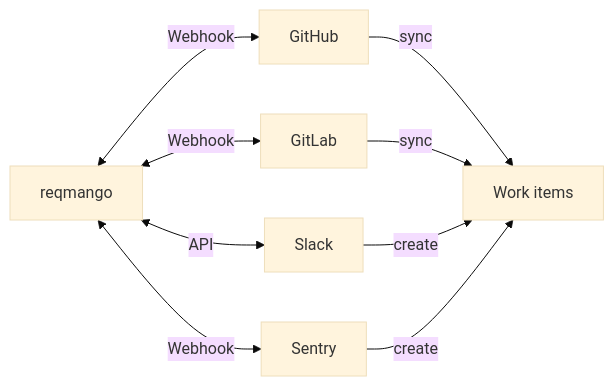
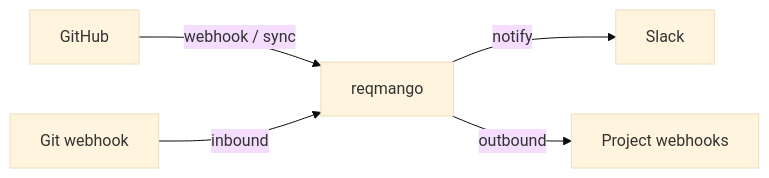
Before and after one commit to vinthuy/reqmango: the eighth of 10 diagrams in docs/kb/PRD.en.md, drawn with Mermaid (base theme). The commit also changed other lines of this file and 2 other files, not shown here.

````diff
--- a/docs/kb/PRD.en.md
+++ b/docs/kb/PRD.en.md
@@ -515,12 +514,7 @@
 ```mermaid
 flowchart LR
-    Reqmango[reqmango] <-->|Webhook| GitHub[GitHub]
-    Reqmango <-->|Webhook| GitLab[GitLab]
-    Reqmango <-->|API| Slack[Slack]
-    Reqmango <-->|Webhook| Sentry[Sentry]
-
-    GitHub -->|sync| Issues[Work items]
-    GitLab -->|sync| Issues
-    Slack -->|create| Issues
-    Sentry -->|create| Issues
+    GitHub[GitHub] -->|webhook / sync| Reqmango[reqmango]
+    Git[Git webhook] -->|inbound| Reqmango
+    Reqmango -->|notify| Slack[Slack]
+    Reqmango -->|outbound| Webhook[Project webhooks]
 ```
````
